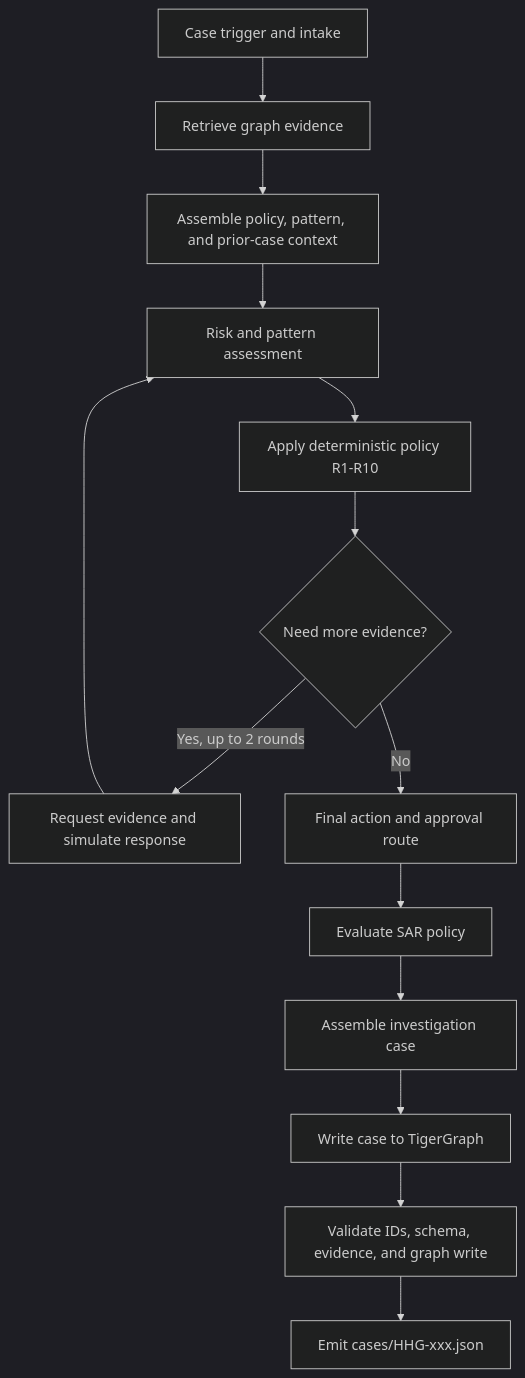
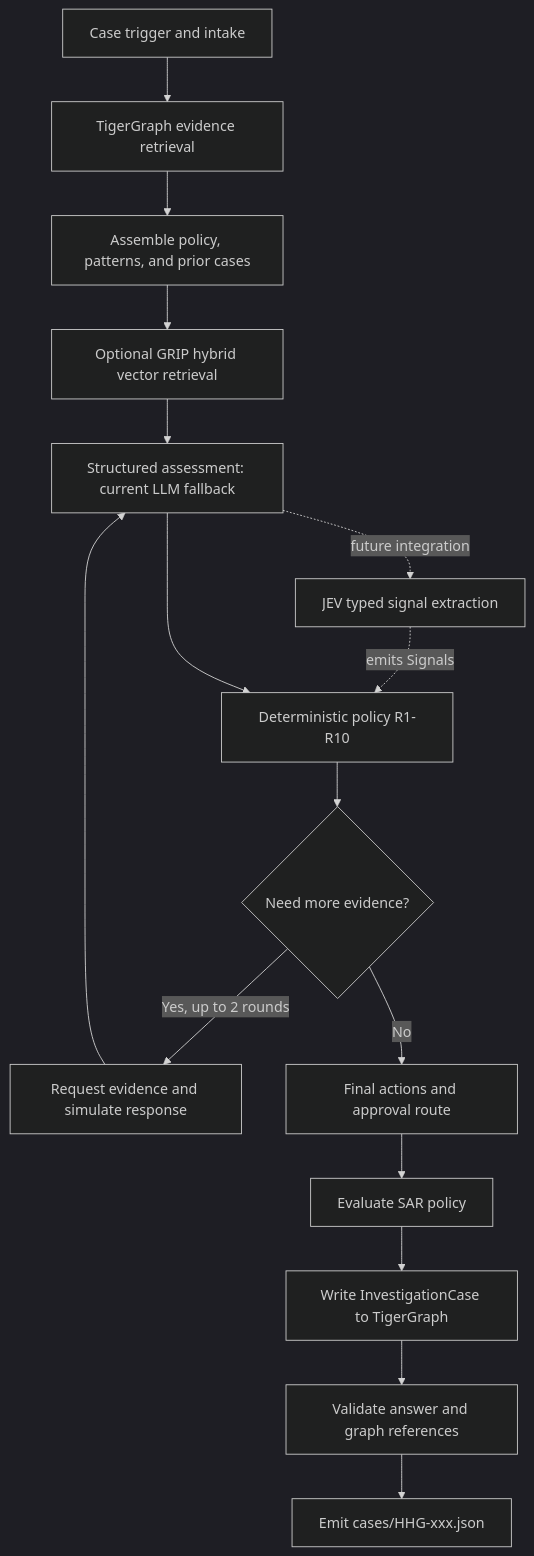
One commit to Tanmay-say/JEVelric changed the diagram in README.md. Above: the diagram before and after it, drawn with Mermaid (dark theme). The commit also changed other lines of this file and 30 other files, not shown here.

Commit message:
GRIP mcp test cases passes

````diff
--- a/README.md
+++ b/README.md
@@ -25,16 +23,18 @@
 ```mermaid
 flowchart TD
-    A[Case trigger and intake] --> B[Retrieve graph evidence]
-    B --> C[Assemble policy, pattern, and prior-case context]
-    C --> D[Risk and pattern assessment]
-    D --> E[Apply deterministic policy R1-R10]
-    E --> F{Need more evidence?}
-    F -- Yes, up to 2 rounds --> G[Request evidence and simulate response]
-    G --> D
-    F -- No --> H[Final action and approval route]
-    H --> I[Evaluate SAR policy]
-    I --> J[Assemble investigation case]
-    J --> K[Write case to TigerGraph]
-    K --> L[Validate IDs, schema, evidence, and graph write]
+    A[Case trigger and intake] --> B[TigerGraph evidence retrieval]
+    B --> C[Assemble policy, patterns, and prior cases]
+    C --> D[Optional GRIP hybrid vector retrieval]
+    D --> E[Structured assessment: current LLM fallback]
+    E -. future integration .-> X[JEV typed signal extraction]
+    X -. emits Signals .-> F
+    E --> F[Deterministic policy R1-R10]
+    F --> G{Need more evidence?}
+    G -- Yes, up to 2 rounds --> H[Request evidence and simulate response]
+    H --> E
+    G -- No --> I[Final actions and approval route]
+    I --> J[Evaluate SAR policy]
+    J --> K[Write InvestigationCase to TigerGraph]
+    K --> L[Validate answer and graph references]
     L --> M[Emit cases/HHG-xxx.json]
 ```
````
